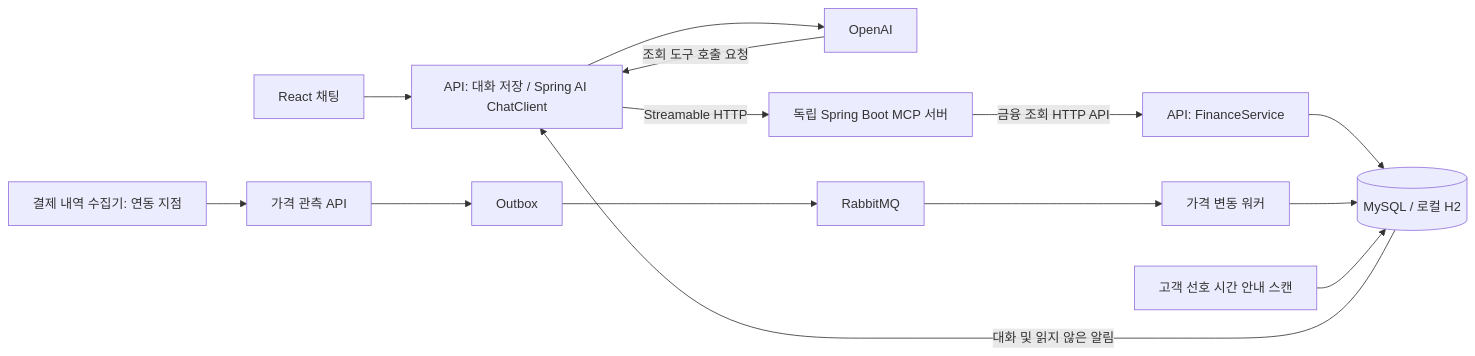
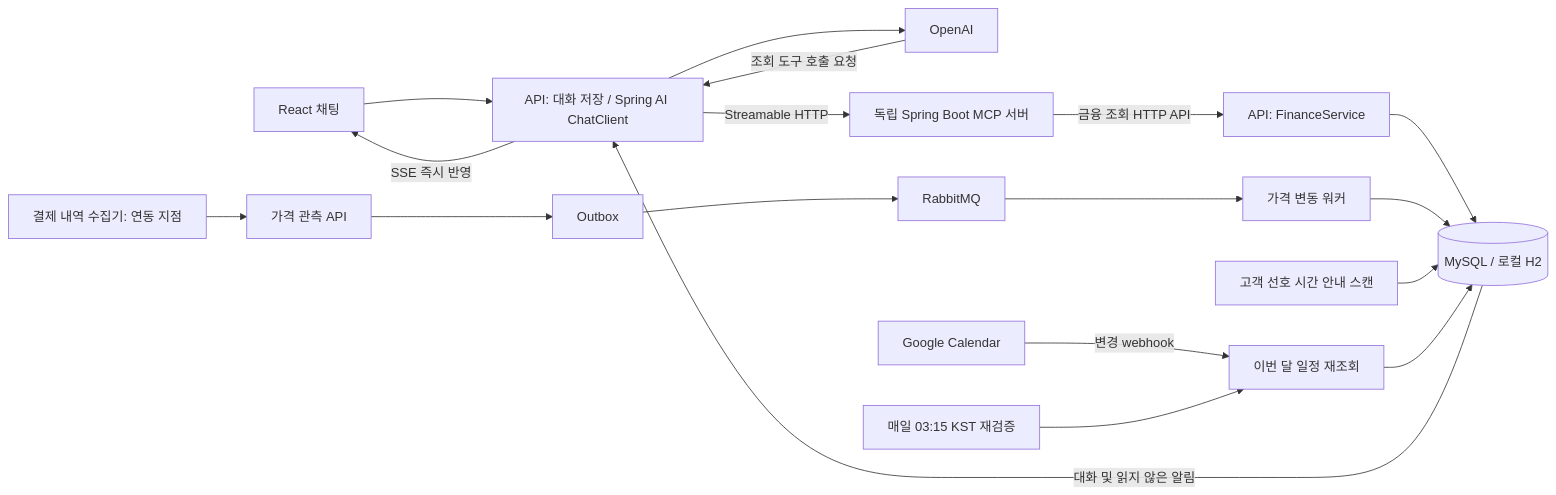
One commit to nakknock2/wonnie changed the diagram in docs/architecture.md. Above: the diagram before and after it, drawn with Mermaid. The commit also changed other lines of this file and 42 other files, not shown here.

````diff
--- a/docs/architecture.md
+++ b/docs/architecture.md
@@ -5,16 +5,20 @@
 ```mermaid
 flowchart LR
     Web[React 채팅] --> API[API: 대화 저장 / Spring AI ChatClient]
     API --> LLM[OpenAI]
     LLM -->|조회 도구 호출 요청| API
     API -->|Streamable HTTP| MCP[독립 Spring Boot MCP 서버]
     MCP -->|금융 조회 HTTP API| Finance[API: FinanceService]
     Finance --> DB[(MySQL / 로컬 H2)]
     Collector[결제 내역 수집기: 연동 지점] --> Ingest[가격 관측 API]
     Ingest --> Outbox[Outbox]
     Outbox --> MQ[RabbitMQ]
     MQ --> Worker[가격 변동 워커]
     Worker --> DB
     Scheduler[고객 선호 시간 안내 스캔] --> DB
+    Google[Google Calendar] -->|변경 webhook| CalendarSync[이번 달 일정 재조회]
+    CalendarDaily[매일 03:15 KST 재검증] --> CalendarSync
+    CalendarSync --> DB
     DB -->|대화 및 읽지 않은 알림| API
+    API -->|SSE 즉시 반영| Web
 ```
````
